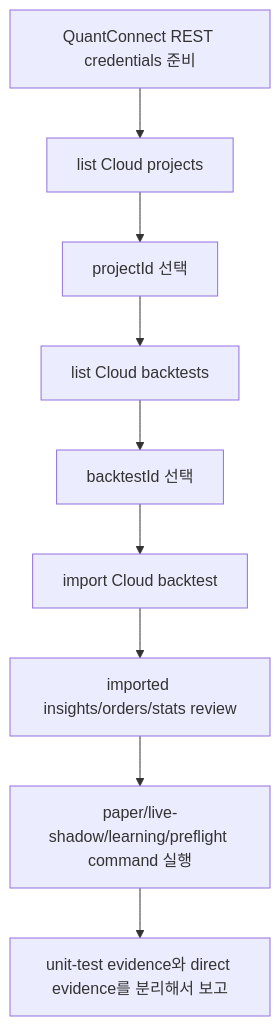
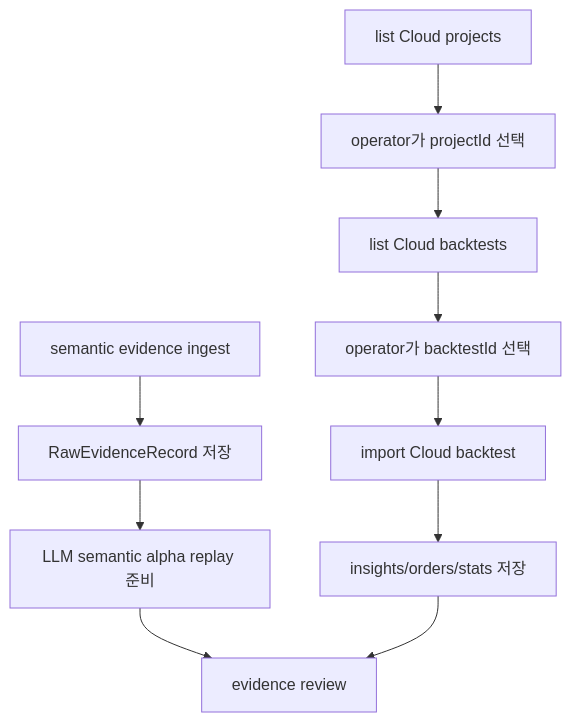
One commit to gigio1023/lincei-quant-research-engine changed the sixth of 7 diagrams in result.md. Above: the diagram before and after it, drawn with Mermaid. The commit also changed other lines of this file, not shown here.

Commit message:
Rewrite result guide around full project context

````diff
--- a/result.md
+++ b/result.md
@@ -328,11 +246,14 @@
 ```mermaid
 flowchart TD
-    A["QuantConnect REST credentials 준비"] --> B["list Cloud projects"]
-    B --> C["projectId 선택"]
-    C --> D["list Cloud backtests"]
-    D --> E["backtestId 선택"]
-    E --> F["import Cloud backtest"]
-    F --> G["imported insights/orders/stats review"]
-    G --> H["paper/live-shadow/learning/preflight command 실행"]
-    H --> I["unit-test evidence와 direct evidence를 분리해서 보고"]
+    A["semantic evidence ingest"] --> B["RawEvidenceRecord 저장"]
+    B --> C["LLM semantic alpha replay 준비"]
+
+    D["list Cloud projects"] --> E["operator가 projectId 선택"]
+    E --> F["list Cloud backtests"]
+    F --> G["operator가 backtestId 선택"]
+    G --> H["import Cloud backtest"]
+    H --> I["insights/orders/stats 저장"]
+
+    C --> J["evidence review"]
+    I --> J
 ```
````
